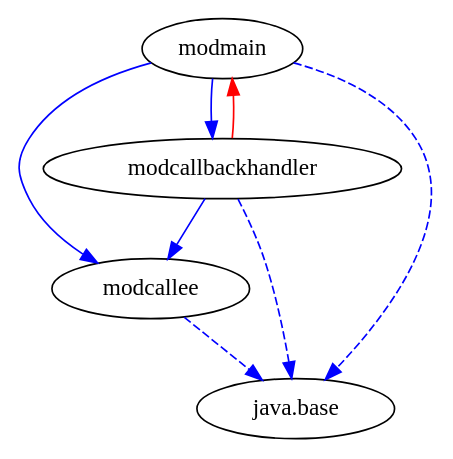
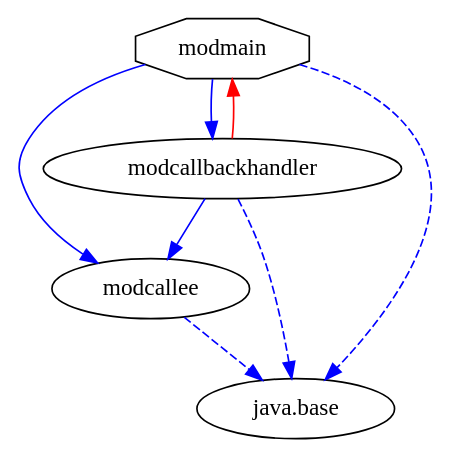
The diagram in jigsaw-examples/example_interface-callback/moduledependencies.dot (accso/java9-jigsaw-examples), drawn with Graphviz before and after one commit. The commit also changed 150 other files, not shown here.

Commit message:
Upgraded all Jigsaw examples to latest DepVis version 0.3

```diff
--- a/jigsaw-examples/example_interface-callback/moduledependencies.dot
+++ b/jigsaw-examples/example_interface-callback/moduledependencies.dot
@@ -1,14 +1,14 @@
-# Created by depvis.JigsawDepVisualizer on Tue Oct 10 15:14:27 CEST 2017
+# Created by depvis.JigsawDepVisualizer on Tue Oct 17 12:27:46 CEST 2017
 digraph Java9_Dependency_Visualizer {
-modmain[fontname="Consolas",shape="ellipse",label="modmain"];
+modmain[fontname="Consolas",shape="octagon",label="modmain"];
 modcallee[fontname="Consolas",shape="ellipse",label="modcallee"];
 modcallbackhandler[fontname="Consolas",shape="ellipse",label="modcallbackhandler"];
 java_base[fontname="Consolas",shape="ellipse",label="java.base"];
 modmain -> modcallee[color="#0000ff",fontname="Consolas",fontcolor="#0000ff",weight="8"]
 modmain -> modcallbackhandler[color="#0000ff",fontname="Consolas",fontcolor="#0000ff",weight="8"]
 modmain -> java_base[color="#0000ff",fontname="Consolas",fontcolor="#0000ff",style="dashed",weight="16"]
 modcallbackhandler -> modcallee[color="#0000ff",fontname="Consolas",fontcolor="#0000ff",weight="8"]
 modcallbackhandler -> java_base[color="#0000ff",fontname="Consolas",fontcolor="#0000ff",style="dashed",weight="16"]
 modcallbackhandler -> modmain[fontname="Consolas",fontcolor="#ff0000",color="#ff0000",weight="2"]
 modcallee -> java_base[color="#0000ff",fontname="Consolas",fontcolor="#0000ff",style="dashed",weight="16"]
 }
```
